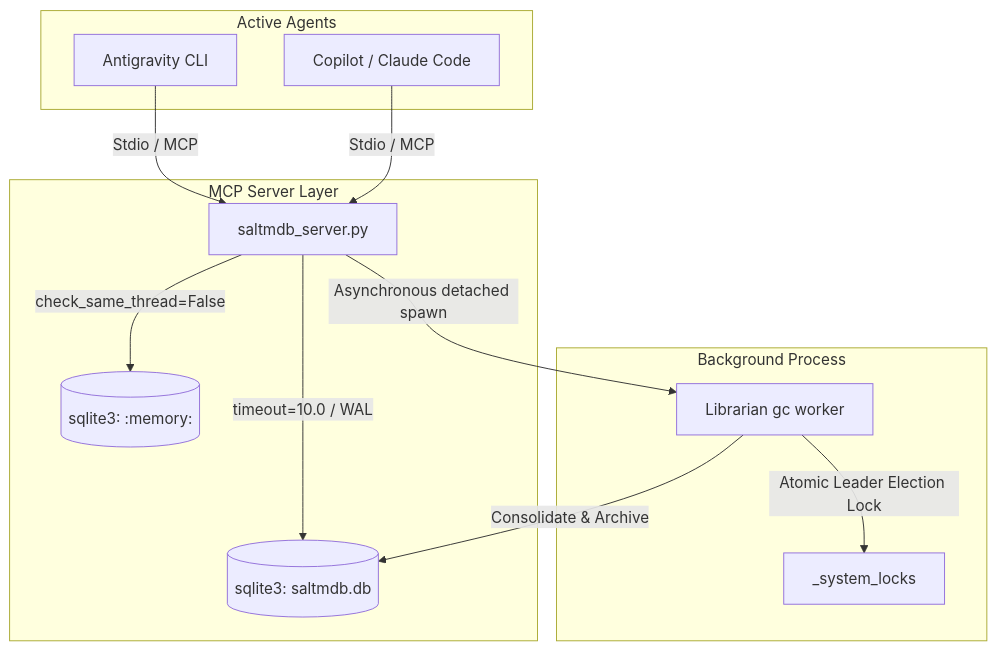
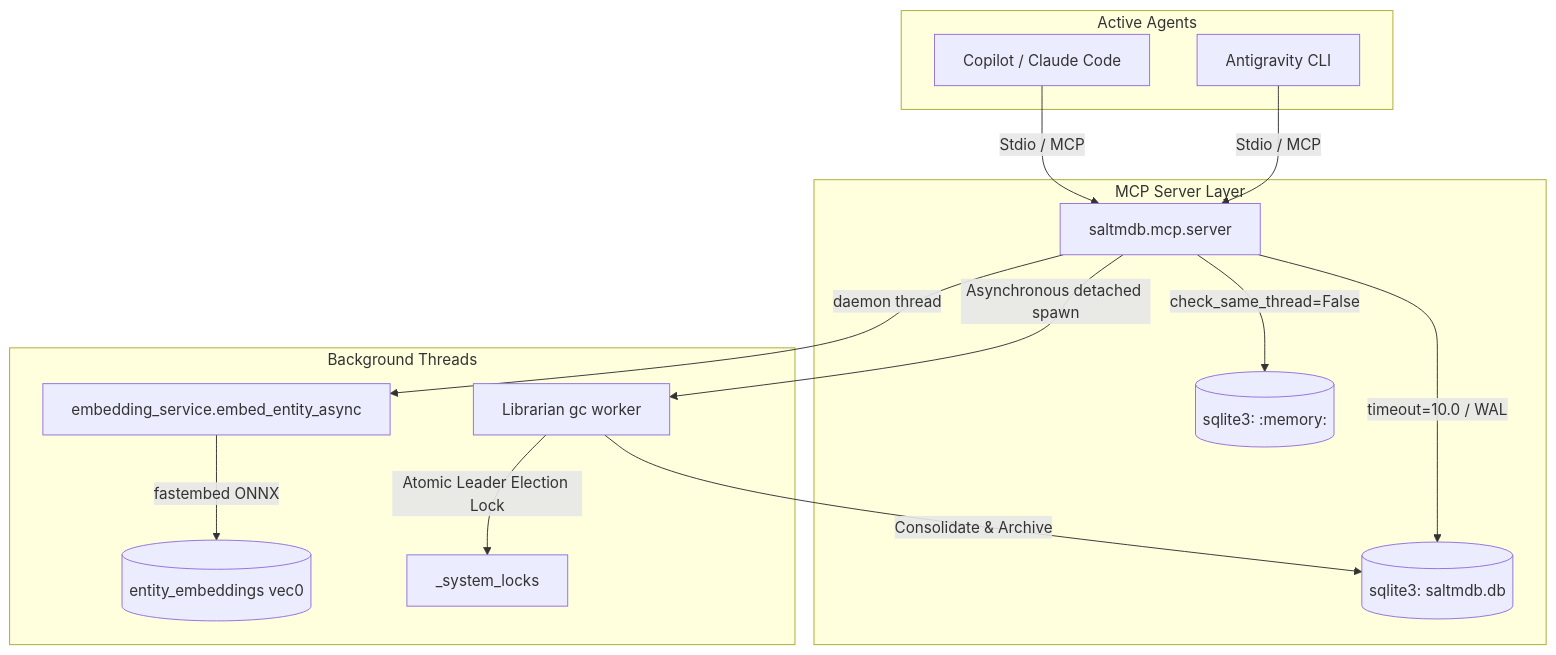
The diagram in README.md (zbalint/SALTMDB), drawn with Mermaid before and after one commit. The commit also changed other lines of this file and 4 other files, not shown here.

````diff
--- a/README.md
+++ b/README.md
@@ -15,20 +15,22 @@
 ```mermaid
 graph TD
     subgraph Active Agents
         A[Antigravity CLI]
         B[Copilot / Claude Code]
     end
 
     subgraph MCP Server Layer
-        A -->|Stdio / MCP| Server[saltmdb_server.py]
+        A -->|Stdio / MCP| Server[saltmdb.mcp.server]
         B -->|Stdio / MCP| Server
         Server -->|timeout=10.0 / WAL| MainDB[(sqlite3: saltmdb.db)]
         Server -->|check_same_thread=False| EphemDB[(sqlite3: :memory:)]
     end
 
-    subgraph Background Process
+    subgraph Background Threads
+        Server -->|daemon thread| EmbedWorker[embedding_service.embed_entity_async]
+        EmbedWorker -->|fastembed ONNX| VecDB[(entity_embeddings vec0)]
         Server -->|Asynchronous detached spawn| Lib[Librarian gc worker]
         Lib -->|Atomic Leader Election Lock| Lock[_system_locks]
         Lib -->|Consolidate & Archive| MainDB
     end
 ```
````
